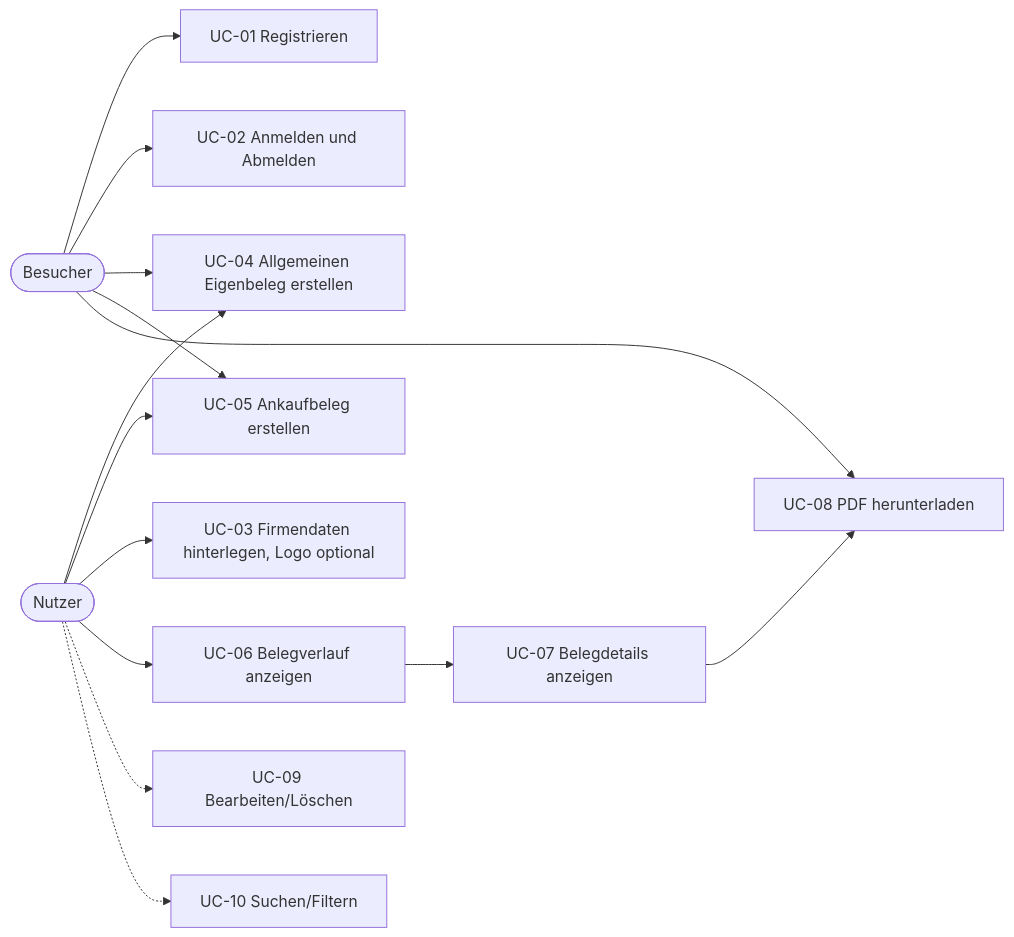
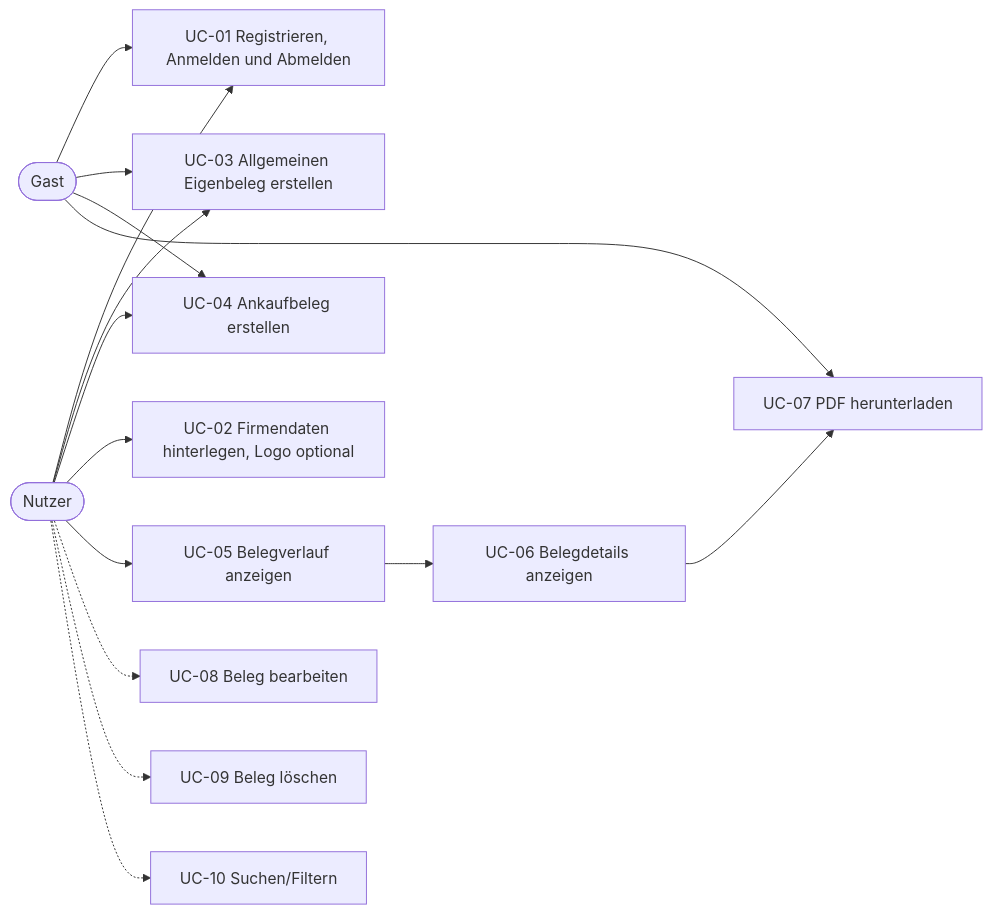
Before and after one commit to oguzhankc/Eigenbeleg-Generator: the diagram in docs/use-cases.md, drawn with Mermaid. The commit also changed other lines of this file and 5 other files, not shown here.

Commit message:
"Use Cases: Konto zusammengefasst, Bearbeiten und Löschen getrennt, Gast"

````diff
--- a/docs/use-cases.md
+++ b/docs/use-cases.md
@@ -41,18 +41,19 @@
 ```mermaid
 flowchart LR
-    B([Besucher])
+    G([Gast])
     N([Nutzer])
-    B --> UC01[UC-01 Registrieren]
-    B --> UC02[UC-02 Anmelden und Abmelden]
-    B --> UC04[UC-04 Allgemeinen Eigenbeleg erstellen]
-    B --> UC05[UC-05 Ankaufbeleg erstellen]
-    B --> UC08[UC-08 PDF herunterladen]
+    G --> UC01[UC-01 Registrieren, Anmelden und Abmelden]
+    G --> UC03[UC-03 Allgemeinen Eigenbeleg erstellen]
+    G --> UC04[UC-04 Ankaufbeleg erstellen]
+    G --> UC07[UC-07 PDF herunterladen]
+    N --> UC01
+    N --> UC03
     N --> UC04
-    N --> UC05
-    N --> UC03[UC-03 Firmendaten hinterlegen, Logo optional]
-    N --> UC06[UC-06 Belegverlauf anzeigen]
-    UC06 --> UC07[UC-07 Belegdetails anzeigen]
-    UC07 --> UC08
-    N -.-> UC09[UC-09 Bearbeiten/Löschen]
+    N --> UC02[UC-02 Firmendaten hinterlegen, Logo optional]
+    N --> UC05[UC-05 Belegverlauf anzeigen]
+    UC05 --> UC06[UC-06 Belegdetails anzeigen]
+    UC06 --> UC07
+    N -.-> UC08[UC-08 Beleg bearbeiten]
+    N -.-> UC09[UC-09 Beleg löschen]
     N -.-> UC10[UC-10 Suchen/Filtern]
 ```
````
